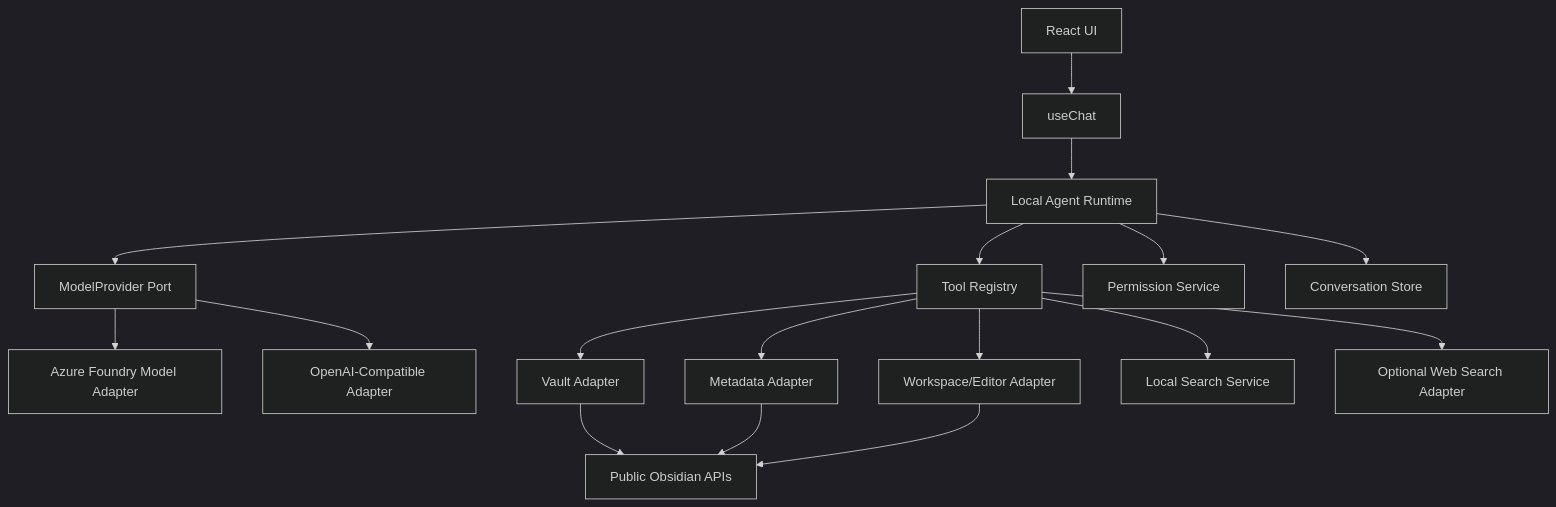
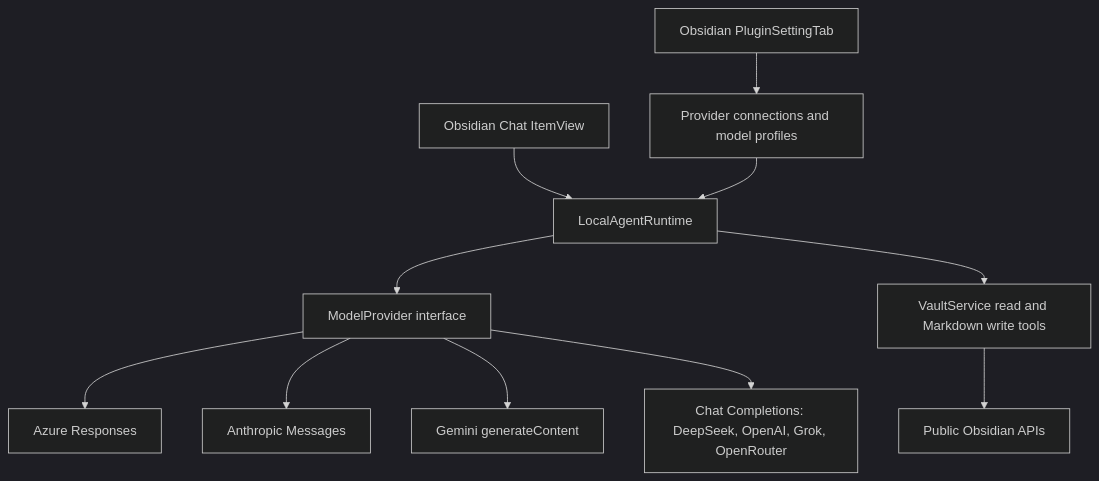
One commit to yetsmarch/Notalith changed the diagram in DESIGN.md. Above: the diagram before and after it, drawn with Mermaid (dark theme). The commit also changed other lines of this file and 32 other files, not shown here.

Commit message:
Add provider integrations and Markdown editing for 0.1.0

````diff
--- a/DESIGN.md
+++ b/DESIGN.md
@@ -161,22 +155,13 @@
 ```mermaid
 flowchart TD
-    UI[React UI] --> CHAT[useChat]
-    CHAT --> RUNTIME[Local Agent Runtime]
-    RUNTIME --> PROVIDER[ModelProvider Port]
-    RUNTIME --> TOOLS[Tool Registry]
-    RUNTIME --> PERM[Permission Service]
-    RUNTIME --> HISTORY[Conversation Store]
-
-    PROVIDER --> AZURE[Azure Foundry Model Adapter]
-    PROVIDER --> COMPAT[OpenAI-Compatible Adapter]
-
-    TOOLS --> VAULT[Vault Adapter]
-    TOOLS --> META[Metadata Adapter]
-    TOOLS --> EDITOR[Workspace/Editor Adapter]
-    TOOLS --> SEARCH[Local Search Service]
-    TOOLS --> WEB[Optional Web Search Adapter]
-
+    UI[Obsidian Chat ItemView] --> RUNTIME[LocalAgentRuntime]
+    SETTINGS[Obsidian PluginSettingTab] --> CONFIG[Provider connections and model profiles]
+    CONFIG --> RUNTIME
+    RUNTIME --> PROVIDER[ModelProvider interface]
+    RUNTIME --> VAULT[VaultService read and Markdown write tools]
+    PROVIDER --> AZURE[Azure Responses]
+    PROVIDER --> CLAUDE[Anthropic Messages]
+    PROVIDER --> GEMINI[Gemini generateContent]
+    PROVIDER --> CHAT[Chat Completions: DeepSeek, OpenAI, Grok, OpenRouter]
     VAULT --> OBSIDIAN[Public Obsidian APIs]
-    META --> OBSIDIAN
-    EDITOR --> OBSIDIAN
 ```
````
